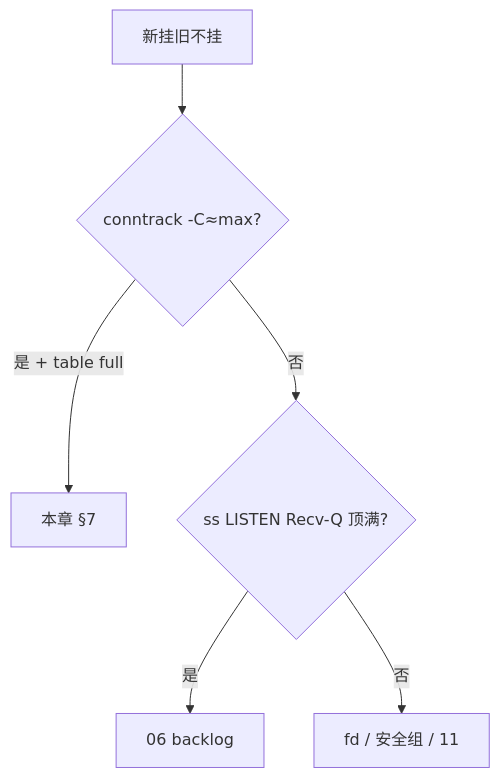
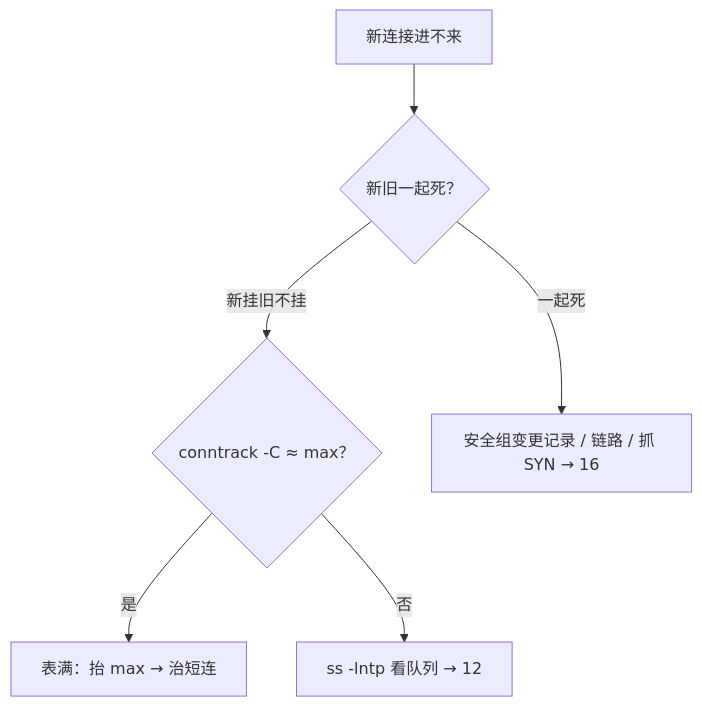
Before and after one commit to ml-cuizijun/LearnToLilith: the second of 2 diagrams in 01-基础底座/17-iptables与conntrack/练习题.md, drawn with Mermaid. The commit also changed other lines of this file and 470 other files, not shown here.

````diff
--- a/01-基础底座/17-iptables与conntrack/练习题.md
+++ b/01-基础底座/17-iptables与conntrack/练习题.md
@@ -208,8 +358,8 @@
 ```mermaid
 flowchart TB
-    A[新挂旧不挂] --> B{conntrack -C≈max?}
-    B -->|是 + table full| C[本章 §7]
-    B -->|否| D{ss LISTEN Recv-Q 顶满?}
-    D -->|是| E[06 backlog]
-    D -->|否| F[fd / 安全组 / 11]
+    A["新连接进不来"] --> B{"新旧一起死？"}
+    B -->|"新挂旧不挂"| C{"conntrack -C ≈ max？"}
+    C -->|是| D["表满：抬 max → 治短连"]
+    C -->|否| E["ss -lntp 看队列 → 12"]
+    B -->|"一起死"| F["安全组变更记录 / 链路 / 抓 SYN → 16"]
 ```
````
